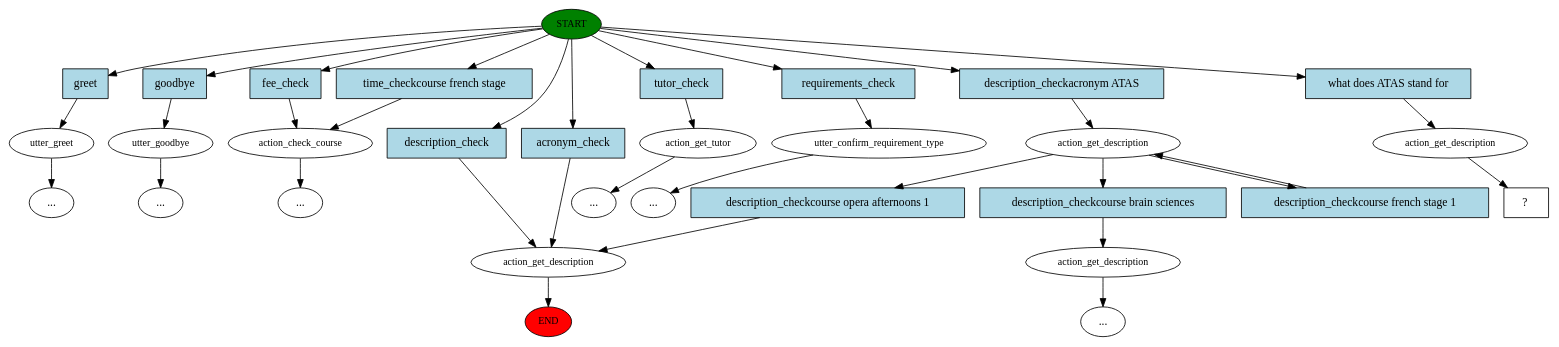
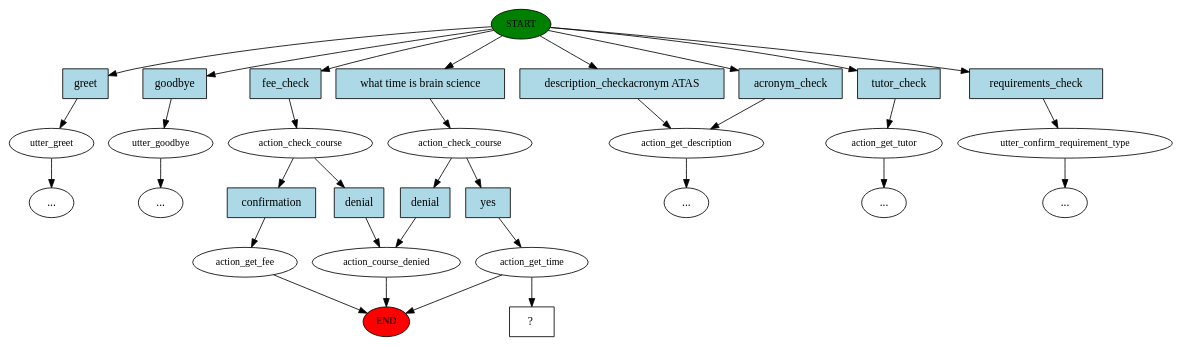
The diagram in chat-service/model/story_graph.dot (leonore/ugenie), drawn with Graphviz before and after one commit. The commit also changed 4 other files, not shown here.

```diff
--- a/chat-service/model/story_graph.dot
+++ b/chat-service/model/story_graph.dot
@@ -1,67 +1,65 @@
 digraph  {
 0 [class="start active", fillcolor=green, fontsize=12, label=START, style=filled];
 "-1" [class=end, fillcolor=red, fontsize=12, label=END, style=filled];
 1 [class="", fontsize=12, label=utter_greet];
 "-3" [class=ellipsis, label="..."];
 2 [class="", fontsize=12, label=utter_goodbye];
 "-4" [class=ellipsis, label="..."];
 3 [class="", fontsize=12, label=action_check_course];
-7 [class="", fontsize=12, label=action_get_description];
-9 [class="", fontsize=12, label=action_get_tutor];
-"-9" [class=ellipsis, label="..."];
-10 [class="", fontsize=12, label=utter_confirm_requirement_type];
-"-10" [class=ellipsis, label="..."];
+4 [class="", fontsize=12, label=action_get_fee];
+6 [class="", fontsize=12, label=action_course_denied];
+7 [class=active, fontsize=12, label=action_check_course];
+8 [class=active, fontsize=12, label=action_get_time];
+11 [class="", fontsize=12, label=action_get_description];
+13 [class="", fontsize=12, label=action_get_tutor];
+"-7" [class=ellipsis, label="..."];
+14 [class="", fontsize=12, label=utter_confirm_requirement_type];
+"-8" [class=ellipsis, label="..."];
 "-12" [class=ellipsis, label="..."];
-13 [class="", fontsize=12, label=action_get_description];
-17 [class="", fontsize=12, label=action_get_description];
-"-13" [class=ellipsis, label="..."];
-20 [class=active, fontsize=12, label=action_get_description];
-21 [class="intent dashed active", label="  ?  ", shape=rect];
-22 [class=intent, fillcolor=lightblue, label=greet, shape=rect, style=filled];
-23 [class=intent, fillcolor=lightblue, label=goodbye, shape=rect, style=filled];
-24 [class=intent, fillcolor=lightblue, label=fee_check, shape=rect, style=filled];
-25 [class=intent, fillcolor=lightblue, label="time_checkcourse french stage", shape=rect, style=filled];
-26 [class=intent, fillcolor=lightblue, label=description_check, shape=rect, style=filled];
-27 [class=intent, fillcolor=lightblue, label=acronym_check, shape=rect, style=filled];
-28 [class=intent, fillcolor=lightblue, label=tutor_check, shape=rect, style=filled];
-29 [class=intent, fillcolor=lightblue, label=requirements_check, shape=rect, style=filled];
+25 [class="intent dashed active", label="  ?  ", shape=rect];
+26 [class=intent, fillcolor=lightblue, label=greet, shape=rect, style=filled];
+27 [class=intent, fillcolor=lightblue, label=goodbye, shape=rect, style=filled];
+28 [class=intent, fillcolor=lightblue, label=fee_check, shape=rect, style=filled];
+29 [class="intent active", fillcolor=lightblue, label="what time is brain science", shape=rect, style=filled];
 30 [class=intent, fillcolor=lightblue, label="description_checkacronym ATAS", shape=rect, style=filled];
-31 [class="intent active", fillcolor=lightblue, label="what does ATAS stand for", shape=rect, style=filled];
-32 [class=intent, fillcolor=lightblue, label="description_checkcourse opera afternoons 1", shape=rect, style=filled];
-33 [class=intent, fillcolor=lightblue, label="description_checkcourse brain sciences", shape=rect, style=filled];
-34 [class=intent, fillcolor=lightblue, label="description_checkcourse french stage 1", shape=rect, style=filled];
-0 -> 22  [class="", key=0];
-0 -> 23  [class="", key=0];
-0 -> 24  [class="", key=0];
-0 -> 25  [class="", key=0];
+31 [class=intent, fillcolor=lightblue, label=acronym_check, shape=rect, style=filled];
+32 [class=intent, fillcolor=lightblue, label=tutor_check, shape=rect, style=filled];
+33 [class=intent, fillcolor=lightblue, label=requirements_check, shape=rect, style=filled];
+34 [class=intent, fillcolor=lightblue, label=confirmation, shape=rect, style=filled];
+35 [class=intent, fillcolor=lightblue, label=denial, shape=rect, style=filled];
+36 [class="intent active", fillcolor=lightblue, label=yes, shape=rect, style=filled];
+37 [class=intent, fillcolor=lightblue, label=denial, shape=rect, style=filled];
 0 -> 26  [class="", key=0];
 0 -> 27  [class="", key=0];
 0 -> 28  [class="", key=0];
-0 -> 29  [class="", key=0];
+0 -> 29  [class=active, key=0];
 0 -> 30  [class="", key=0];
-0 -> 31  [class=active, key=0];
+0 -> 31  [class="", key=0];
+0 -> 32  [class="", key=0];
+0 -> 33  [class="", key=0];
 1 -> "-3"  [class="", key=NONE, label=""];
 2 -> "-4"  [class="", key=NONE, label=""];
-3 -> "-12"  [class="", key=NONE, label=""];
-7 -> "-1"  [class="", key=NONE, label=""];
-9 -> "-9"  [class="", key=NONE, label=""];
-10 -> "-10"  [class="", key=NONE, label=""];
-13 -> 32  [class="", key=0];
-13 -> 33  [class="", key=0];
-13 -> 34  [class="", key=0];
-17 -> "-13"  [class="", key=NONE, label=""];
-20 -> 21  [class=active, key=NONE, label=""];
-22 -> 1  [class="", key=0];
-23 -> 2  [class="", key=0];
-24 -> 3  [class="", key=0];
-25 -> 3  [class="", key=0];
-26 -> 7  [class="", key=0];
-27 -> 7  [class="", key=0];
-28 -> 9  [class="", key=0];
-29 -> 10  [class="", key=0];
-30 -> 13  [class="", key=0];
-31 -> 20  [class=active, key=0];
-32 -> 7  [class="", key=0];
-33 -> 17  [class="", key=0];
-34 -> 13  [class="", key=0];
+3 -> 34  [class="", key=0];
+3 -> 35  [class="", key=0];
+4 -> "-1"  [class="", key=NONE, label=""];
+6 -> "-1"  [class="", key=NONE, label=""];
+7 -> 36  [class=active, key=0];
+7 -> 37  [class="", key=0];
+8 -> "-1"  [class="", key=NONE, label=""];
+8 -> 25  [class=active, key=NONE, label=""];
+11 -> "-12"  [class="", key=NONE, label=""];
+13 -> "-7"  [class="", key=NONE, label=""];
+14 -> "-8"  [class="", key=NONE, label=""];
+26 -> 1  [class="", key=0];
+27 -> 2  [class="", key=0];
+28 -> 3  [class="", key=0];
+29 -> 7  [class=active, key=0];
+30 -> 11  [class="", key=0];
+31 -> 11  [class="", key=0];
+32 -> 13  [class="", key=0];
+33 -> 14  [class="", key=0];
+34 -> 4  [class="", key=0];
+35 -> 6  [class="", key=0];
+36 -> 8  [class=active, key=0];
+37 -> 6  [class="", key=0];
 }
```
